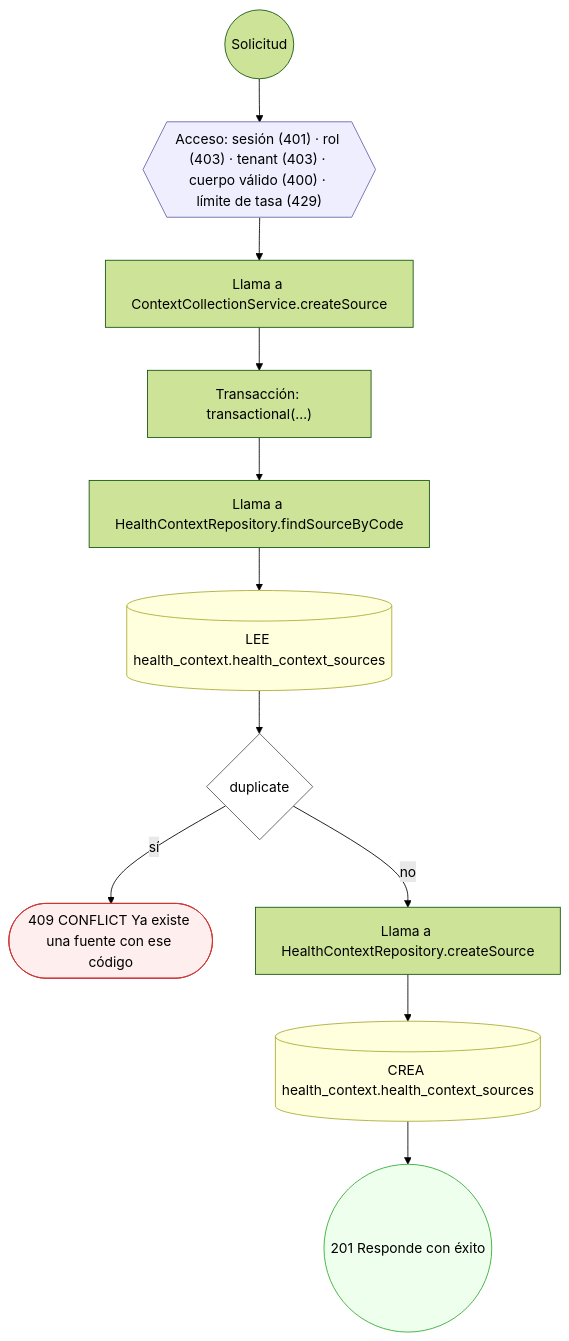
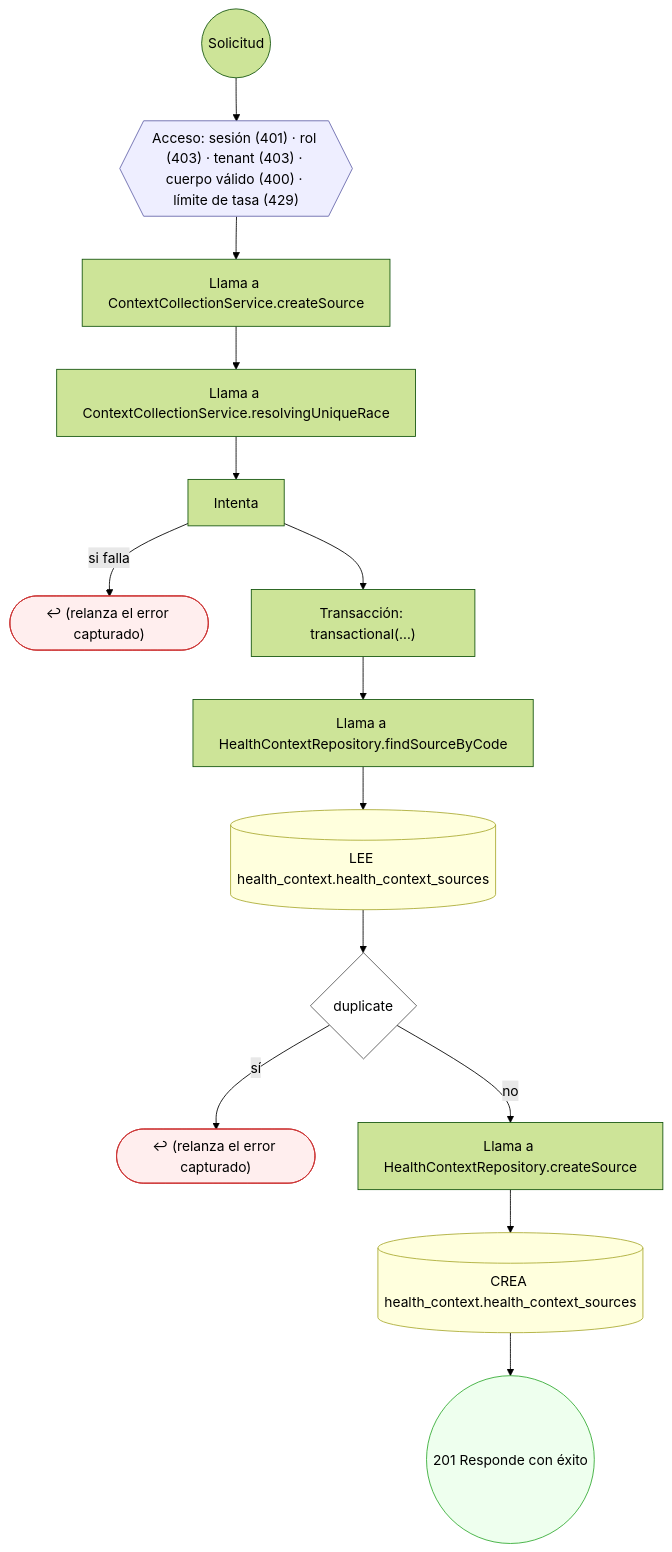
Diagram 11 of 14 in docs/inventario/flujos/health_context.md (mdavila-2001/mantra-core-health-api), drawn with Mermaid (forest theme) before and after one commit. The commit also changed other lines of this file and 438 other files, not shown here.

````diff
--- a/docs/inventario/flujos/health_context.md
+++ b/docs/inventario/flujos/health_context.md
@@ -751,30 +786,36 @@
 ```mermaid
 flowchart TD
   n1(("Solicitud")):::inicio
   n2{{"Acceso: sesión (401) · rol (403) · tenant (403) · cuerpo válido (400) · límite de tasa (429)"}}:::acceso
   n1 --> n2
   n3["Llama a ContextCollectionService.createSource"]:::llamada
   n2 --> n3
-  n4["Transacción: transactional(…)"]:::transaccion
+  n4["Llama a ContextCollectionService.resolvingUniqueRace"]:::llamada
   n3 --> n4
-  n5["Llama a HealthContextRepository.findSourceByCode"]:::llamada
+  n5["Intenta"]:::intento
   n4 --> n5
-  n6[("LEE health_context.health_context_sources")]:::efecto
-  n5 --> n6
-  n7{"duplicate"}:::decision
-  n6 --> n7
-  n8(["409 CONFLICT Ya existe una fuente con ese código"]):::error
-  n7 -->|"sí"| n8
-  n9["Llama a HealthContextRepository.createSource"]:::llamada
-  n7 -->|"no"| n9
-  n10[("CREA health_context.health_context_sources")]:::efecto
+  n6(["↩ (relanza el error capturado)"]):::error
+  n5 -->|"si falla"| n6
+  n7["Transacción: transactional(…)"]:::transaccion
+  n5 --> n7
+  n8["Llama a HealthContextRepository.findSourceByCode"]:::llamada
+  n7 --> n8
+  n9[("LEE health_context.health_context_sources")]:::efecto
+  n8 --> n9
+  n10{"duplicate"}:::decision
   n9 --> n10
-  n11(("201 Responde con éxito")):::ok
-  n10 --> n11
+  n11(["↩ (relanza el error capturado)"]):::error
+  n10 -->|"sí"| n11
+  n12["Llama a HealthContextRepository.createSource"]:::llamada
+  n10 -->|"no"| n12
+  n13[("CREA health_context.health_context_sources")]:::efecto
+  n12 --> n13
+  n14(("201 Responde con éxito")):::ok
+  n13 --> n14
   classDef acceso fill:#eef,stroke:#66a
   classDef error fill:#fee,stroke:#c33
   classDef ok fill:#efe,stroke:#3a3
   classDef efecto fill:#ffd,stroke:#aa3
   classDef decision fill:#fff,stroke:#555
   classDef corte fill:#eee,stroke:#999,stroke-dasharray: 4
 ```
````
